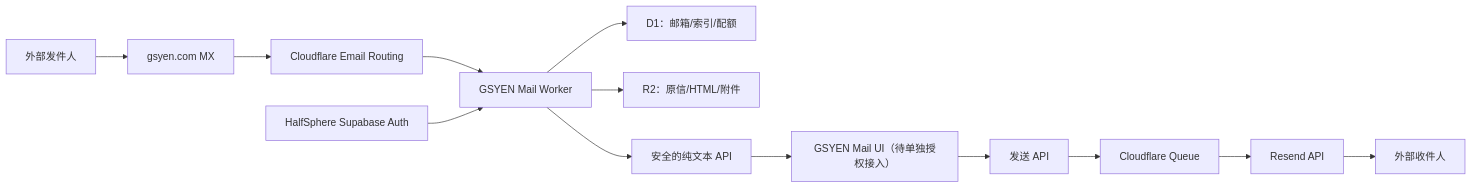
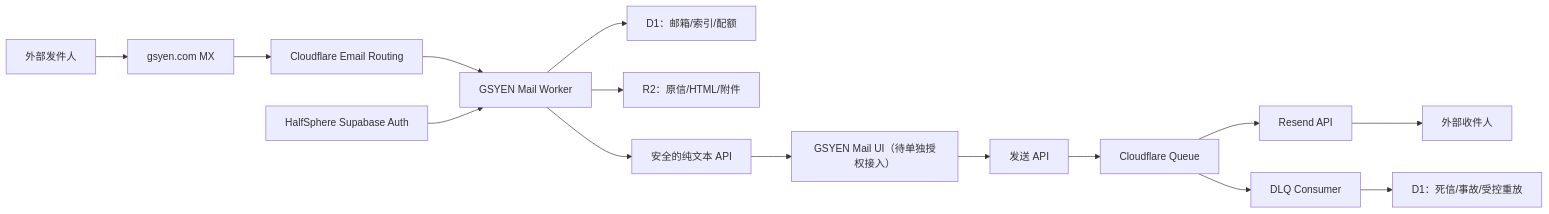
The diagram in email-worker/docs/ARCHITECTURE.md (Christine2031/gsyen-web), drawn with Mermaid before and after one commit. The commit also changed other lines of this file and 15 other files, not shown here.

````diff
--- a/email-worker/docs/ARCHITECTURE.md
+++ b/email-worker/docs/ARCHITECTURE.md
@@ -34,15 +34,17 @@
 ```mermaid
 flowchart LR
   A["外部发件人"] --> B["gsyen.com MX"]
   B --> C["Cloudflare Email Routing"]
   C --> D["GSYEN Mail Worker"]
   D --> E["D1：邮箱/索引/配额"]
   D --> F["R2：原信/HTML/附件"]
   D --> G["安全的纯文本 API"]
   G --> H["GSYEN Mail UI（待单独授权接入）"]
   H --> I["发送 API"]
   I --> J["Cloudflare Queue"]
   J --> K["Resend API"]
   K --> L["外部收件人"]
+  J --> N["DLQ Consumer"]
+  N --> O["D1：死信/事故/受控重放"]
   M["HalfSphere Supabase Auth"] --> D
 ```
````
